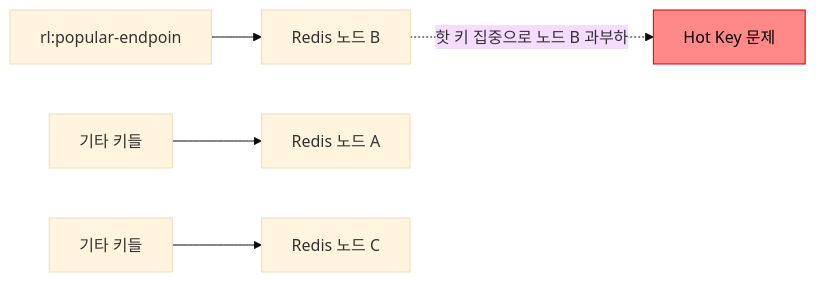
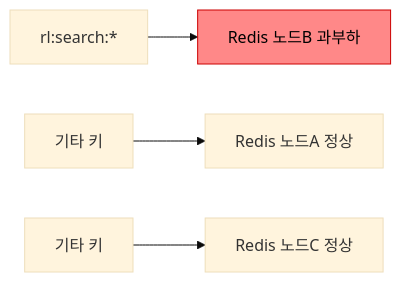
Before and after one commit to yjkim2015/yjkim2015.github.io: the eighth of 10 diagrams in _posts/spring/2026-05-01-rate-limiting.md, drawn with Mermaid (base theme). The commit also changed other lines of this file and 4 other files, not shown here.

````diff
--- a/_posts/spring/2026-05-01-rate-limiting.md
+++ b/_posts/spring/2026-05-01-rate-limiting.md
@@ -898,8 +1224,7 @@
 ```mermaid
 graph LR
-    K["rl:popular-endpoin"] --> NB["Redis 노드 B"]
-    X1["기타 키들"] --> NA["Redis 노드 A"]
-    X2["기타 키들"] --> NC["Redis 노드 C"]
-    NB -.->|"핫 키 집중으로 노드 B 과부하"| WARN["Hot Key 문제"]
-    style WARN fill:#f88,stroke:#c00,color:#000
+    K1["rl:search:*"] --> NB["Redis 노드B 과부하"]
+    K2["기타 키"] --> NA["Redis 노드A 정상"]
+    K3["기타 키"] --> NC["Redis 노드C 정상"]
+    style NB fill:#f88,stroke:#c00,color:#000
 ```
````
